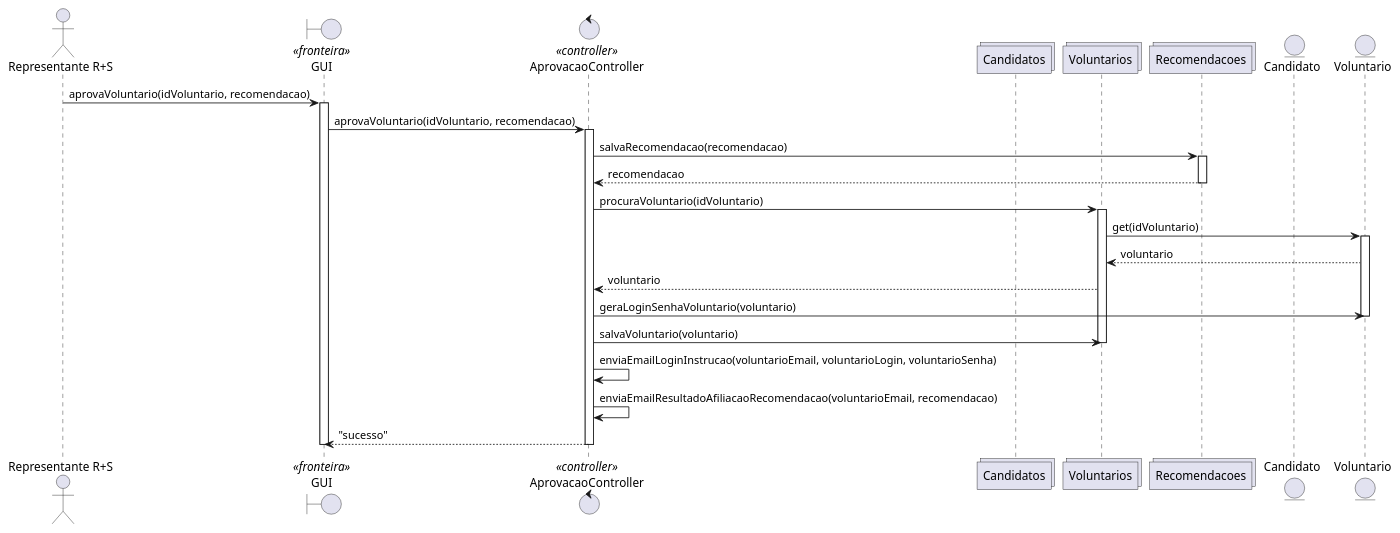
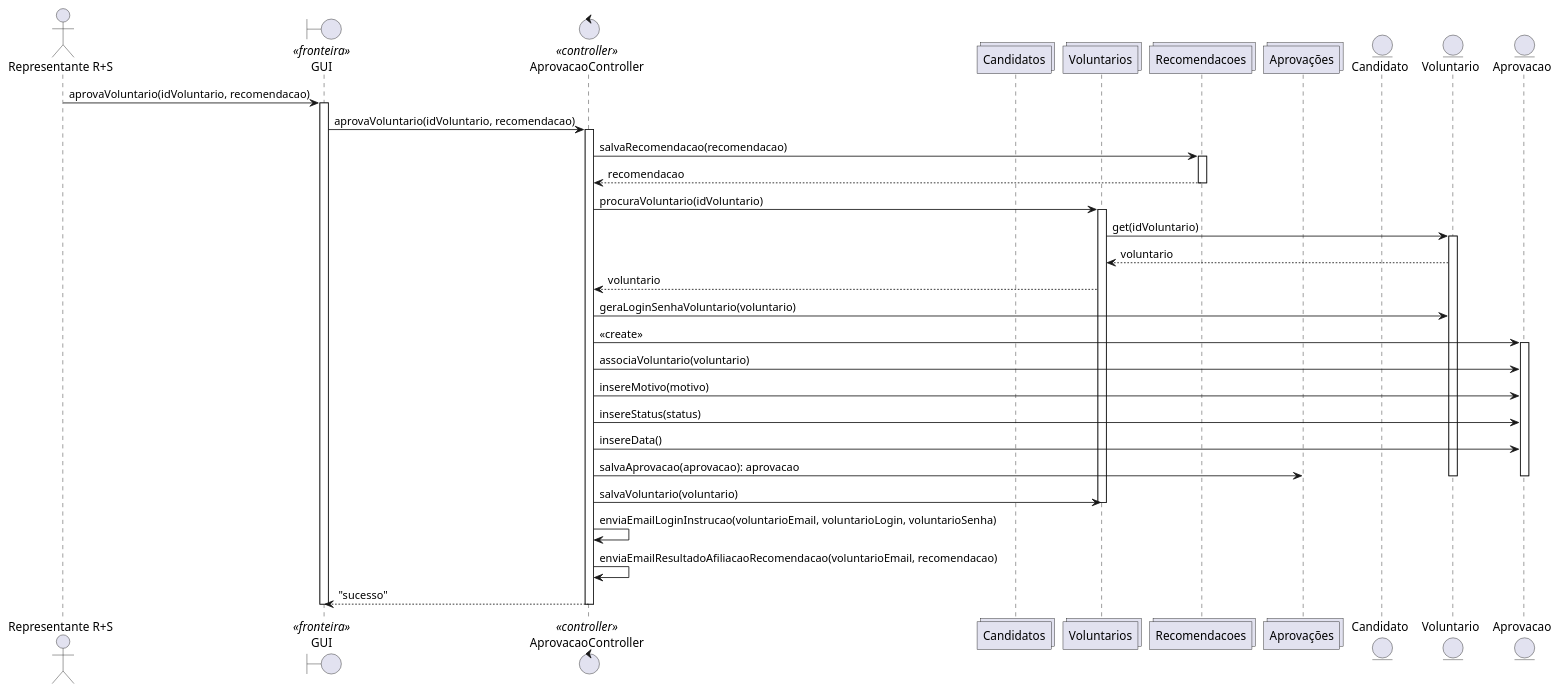
Before and after one commit to guisgiacomini/redeMaisSocialProjetoSoftware: the diagram in docs/diagrama-sequencia/uc003/fluxo-principal/fluxo-principal-3.puml, drawn with PlantUML.

Commit message:
Update UC003 - Adicionando Aprovação

```diff
--- a/docs/diagrama-sequencia/uc003/fluxo-principal/fluxo-principal-3.puml
+++ b/docs/diagrama-sequencia/uc003/fluxo-principal/fluxo-principal-3.puml
@@ -1,47 +1,59 @@
 @startuml
 actor "Representante R+S" as representante
 boundary "GUI" as gui <<fronteira>>
 
 
 
 control "AprovacaoController" as aprovacaoController<<controller>>
 
 collections "Candidatos" as candidatos
 collections "Voluntarios" as voluntarios
 
 
 collections "Recomendacoes" as recomendacoes
+collections "Aprovações" as aprovacoes
 entity "Candidato" as candidato
 entity "Voluntario" as voluntario
+entity "Aprovacao" as aprovacao
 
 representante -> gui: aprovaVoluntario(idVoluntario, recomendacao)
 activate gui
     gui -> aprovacaoController: aprovaVoluntario(idVoluntario, recomendacao)
     activate aprovacaoController
         aprovacaoController -> recomendacoes: salvaRecomendacao(recomendacao)
         activate recomendacoes
             recomendacoes --> aprovacaoController: recomendacao
         deactivate recomendacoes
         aprovacaoController -> voluntarios: procuraVoluntario(idVoluntario)
         activate voluntarios
             voluntarios -> voluntario: get(idVoluntario)
             activate voluntario
                 voluntario --> voluntarios: voluntario
             
             voluntarios --> aprovacaoController: voluntario
         
+       
         aprovacaoController -> voluntario: geraLoginSenhaVoluntario(voluntario)
+        aprovacaoController -> aprovacao: <<create>>
+        activate aprovacao
+        aprovacaoController -> aprovacao: associaVoluntario(voluntario)
+        aprovacaoController -> aprovacao: insereMotivo(motivo)
+        aprovacaoController -> aprovacao: insereStatus(status)
+        aprovacaoController -> aprovacao: insereData()
+        aprovacaoController -> aprovacoes: salvaAprovacao(aprovacao): aprovacao
+        deactivate aprovacao
         deactivate voluntario
         aprovacaoController -> voluntarios: salvaVoluntario(voluntario)
+      
         
         deactivate voluntarios
 
         aprovacaoController -> aprovacaoController: enviaEmailLoginInstrucao(voluntarioEmail, voluntarioLogin, voluntarioSenha)
         aprovacaoController -> aprovacaoController: enviaEmailResultadoAfiliacaoRecomendacao(voluntarioEmail, recomendacao)
 
         aprovacaoController --> gui: "sucesso"
     deactivate aprovacaoController
 deactivate gui
     
 
 @enduml
```
